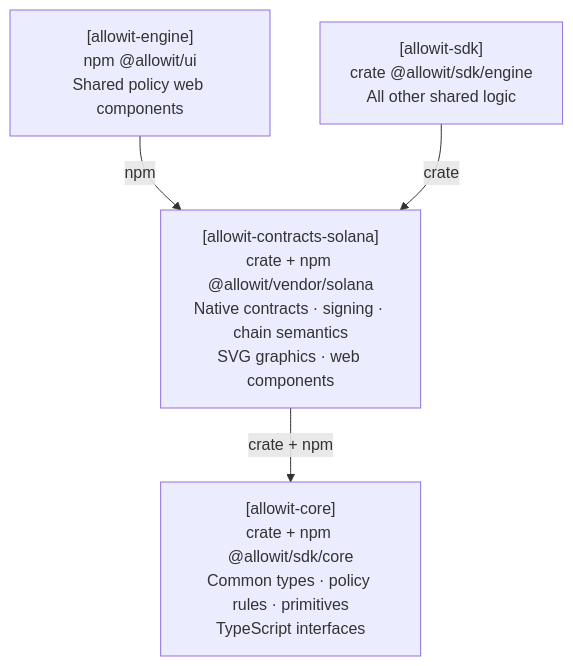
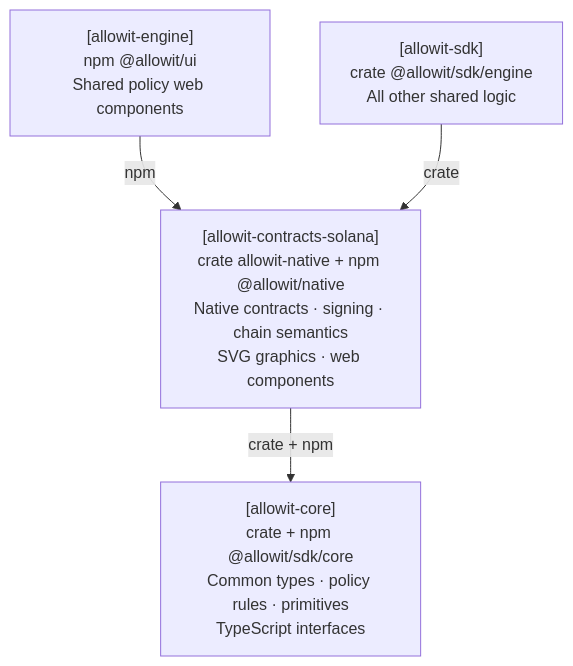
The second of 2 diagrams in README.md (allowit-hq/allowit-contracts-solana), drawn with Mermaid before and after one commit.

Commit message:
README: name the vendor packages by their manifest names in the diagram

````diff
--- a/README.md
+++ b/README.md
@@ -207,11 +207,11 @@
 ```mermaid
 flowchart TB
     UI["[allowit-engine]<br/>npm @allowit/ui<br/>Shared policy web components"]
     Engine["[allowit-sdk]<br/>crate @allowit/sdk/engine<br/>All other shared logic"]
-    Vendor["[allowit-contracts-solana]<br/>crate + npm @allowit/vendor/solana<br/>Native contracts · signing · chain semantics<br/>SVG graphics · web components"]
+    Vendor["[allowit-contracts-solana]<br/>crate allowit-native + npm @allowit/native<br/>Native contracts · signing · chain semantics<br/>SVG graphics · web components"]
     Core["[allowit-core]<br/>crate + npm @allowit/sdk/core<br/>Common types · policy rules · primitives<br/>TypeScript interfaces"]
 
     UI -->|npm| Vendor
     Engine -->|crate| Vendor
     Vendor -->|crate + npm| Core
 ```
````
